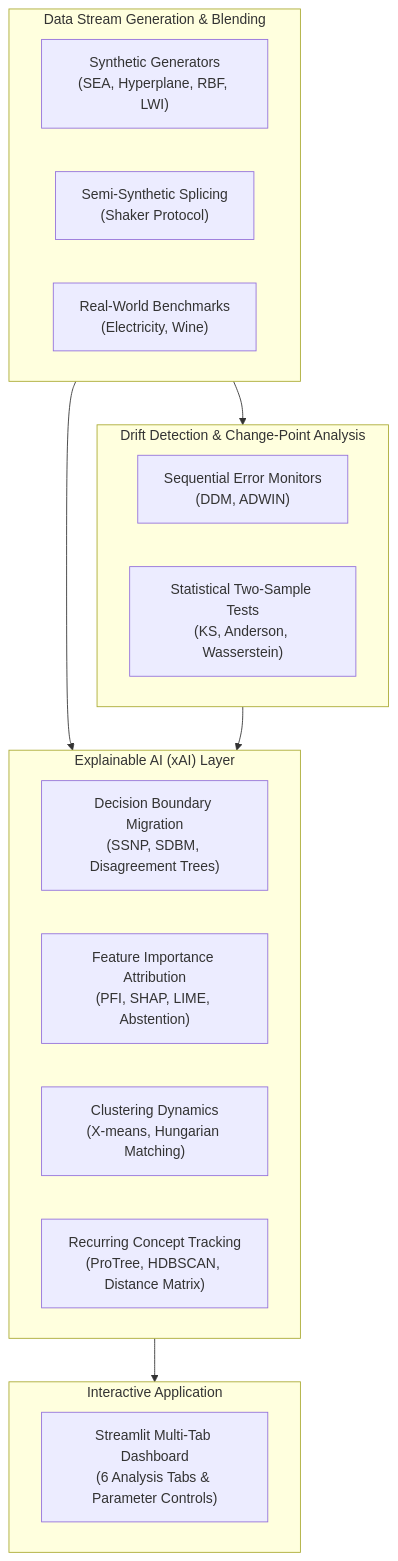
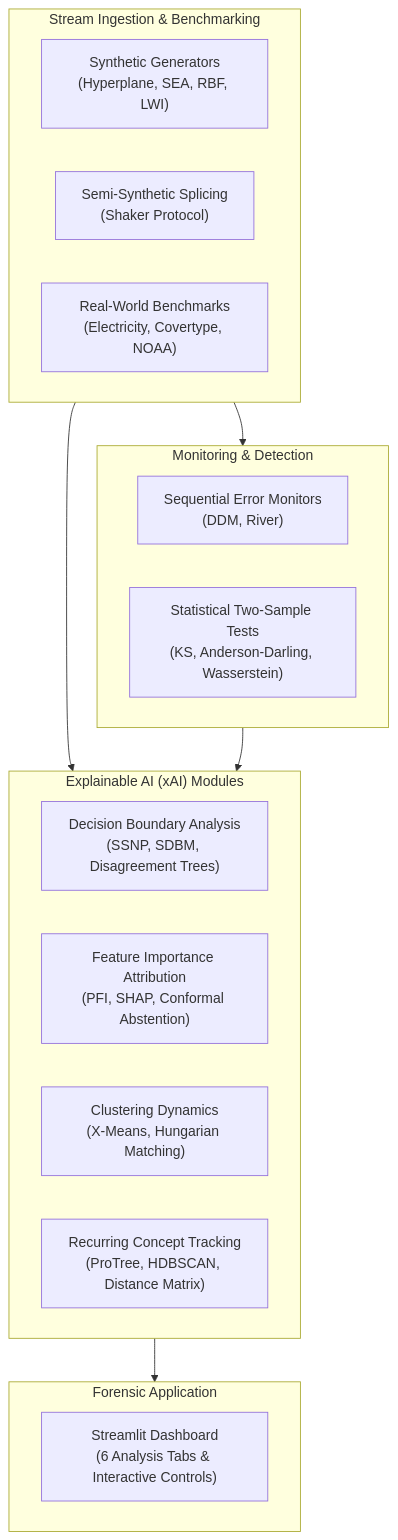
One commit to KubaCzech/STRIDE changed the diagram in docs/index.md. Above: the diagram before and after it, drawn with Mermaid. The commit also changed other lines of this file and 23 other files, not shown here.

````diff
--- a/docs/index.md
+++ b/docs/index.md
@@ -26,29 +60,29 @@
 ```mermaid
 flowchart TD
-    subgraph DataStream ["Data Stream Generation & Blending"]
-        S1["Synthetic Generators\n(SEA, Hyperplane, RBF, LWI)"]
+    subgraph DataStream ["Stream Ingestion & Benchmarking"]
+        S1["Synthetic Generators\n(Hyperplane, SEA, RBF, LWI)"]
         S2["Semi-Synthetic Splicing\n(Shaker Protocol)"]
-        S3["Real-World Benchmarks\n(Electricity, Wine)"]
+        S3["Real-World Benchmarks\n(Electricity, Covertype, NOAA)"]
     end
 
-    subgraph Detection ["Drift Detection & Change-Point Analysis"]
-        D1["Sequential Error Monitors\n(DDM, ADWIN)"]
-        D2["Statistical Two-Sample Tests\n(KS, Anderson, Wasserstein)"]
+    subgraph Detection ["Monitoring & Detection"]
+        D1["Sequential Error Monitors\n(DDM, River)"]
+        D2["Statistical Two-Sample Tests\n(KS, Anderson-Darling, Wasserstein)"]
     end
 
-    subgraph Explanation ["Explainable AI (xAI) Layer"]
-        X1["Decision Boundary Migration\n(SSNP, SDBM, Disagreement Trees)"]
-        X2["Feature Importance Attribution\n(PFI, SHAP, LIME, Abstention)"]
-        X3["Clustering Dynamics\n(X-means, Hungarian Matching)"]
+    subgraph Explanation ["Explainable AI (xAI) Modules"]
+        X1["Decision Boundary Analysis\n(SSNP, SDBM, Disagreement Trees)"]
+        X2["Feature Importance Attribution\n(PFI, SHAP, Conformal Abstention)"]
+        X3["Clustering Dynamics\n(X-Means, Hungarian Matching)"]
         X4["Recurring Concept Tracking\n(ProTree, HDBSCAN, Distance Matrix)"]
     end
 
-    subgraph Interface ["Interactive Application"]
-        UI["Streamlit Multi-Tab Dashboard\n(6 Analysis Tabs & Parameter Controls)"]
+    subgraph Interface ["Forensic Application"]
+        UI["Streamlit Dashboard\n(6 Analysis Tabs & Interactive Controls)"]
     end
 
     DataStream --> Detection
     DataStream --> Explanation
     Detection --> Explanation
     Explanation --> Interface
 ```
````
